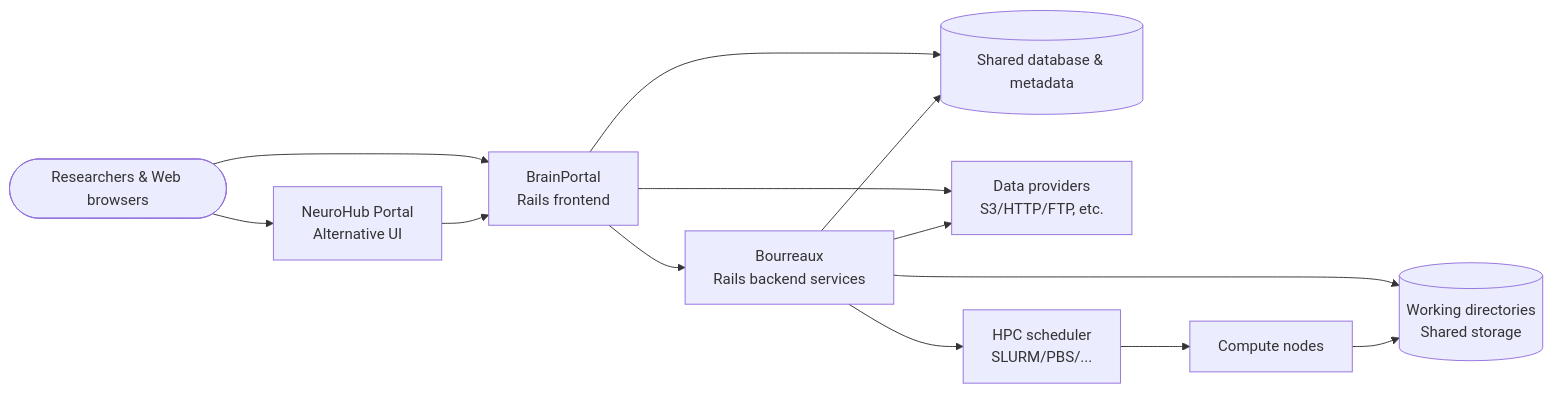
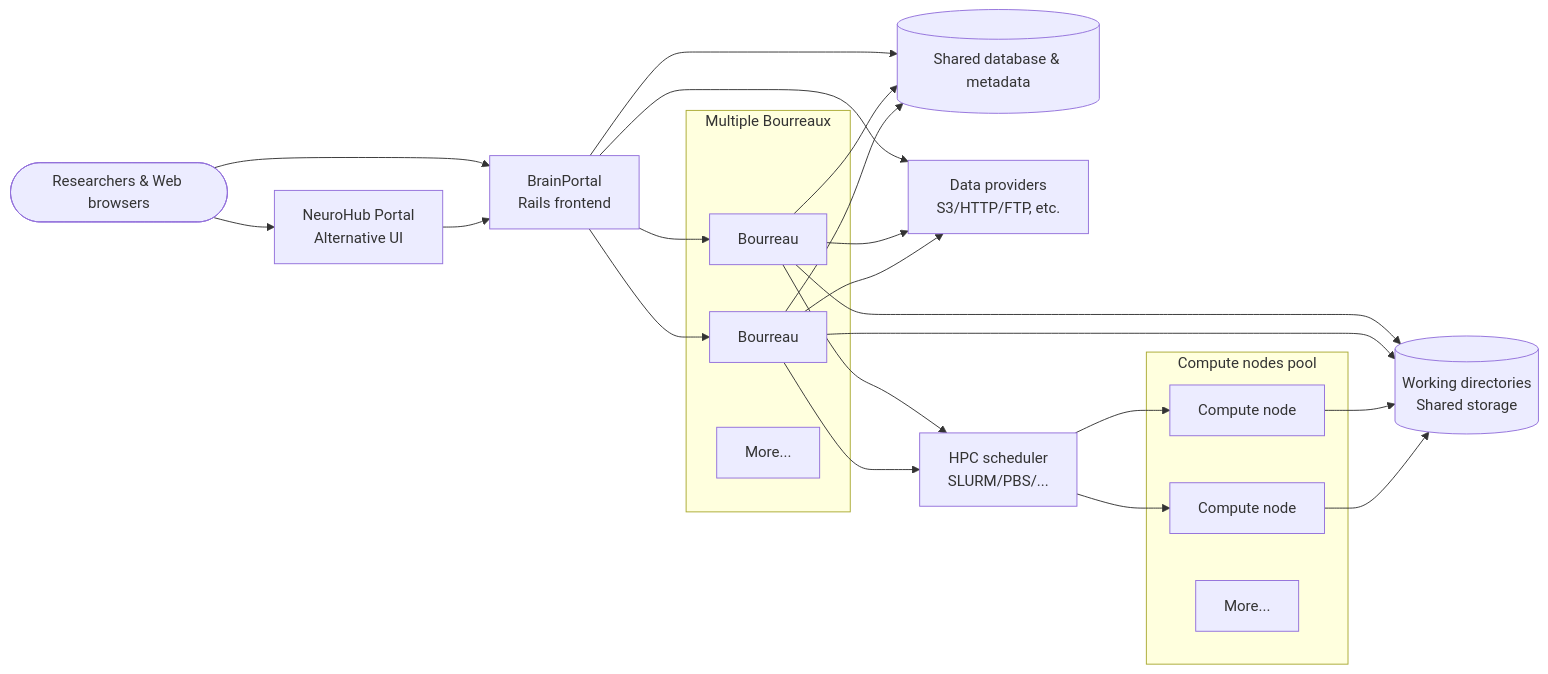
Before and after one commit to aces/cbrain: the diagram in README.md, drawn with Mermaid.

Commit message:
Show Bourreau and compute node pools in diagram

````diff
--- a/README.md
+++ b/README.md
@@ -25,24 +25,38 @@
 ```mermaid
 flowchart LR
   Users([Researchers & Web browsers])
   NH[NeuroHub Portal<br/>Alternative UI]
   BP[BrainPortal<br/>Rails frontend]
   DB[(Shared database & metadata)]
   DP[Data providers<br/>S3/HTTP/FTP, etc.]
-  BO[Bourreaux<br/>Rails backend services]
+  subgraph Bourreaux[Multiple Bourreaux]
+    BO1[Bourreau]
+    BO2[Bourreau]
+    BO3[More...]
+  end
   Sched[HPC scheduler<br/>SLURM/PBS/...]
-  Compute[Compute nodes]
+  subgraph ComputePool[Compute nodes pool]
+    Compute1[Compute node]
+    Compute2[Compute node]
+    Compute3[More...]
+  end
   Scratch[(Working directories<br/>Shared storage)]
 
   Users --> BP
   Users --> NH
   NH --> BP
   BP --> DB
   BP --> DP
-  BP --> BO
-  BO --> DP
-  BO --> DB
-  BO --> Sched --> Compute
-  BO --> Scratch
-  Compute --> Scratch
+  BP --> BO1
+  BP --> BO2
+  BO1 --> DP
+  BO2 --> DP
+  BO1 --> DB
+  BO2 --> DB
+  BO1 --> Sched --> Compute1
+  BO2 --> Sched --> Compute2
+  BO1 --> Scratch
+  BO2 --> Scratch
+  Compute1 --> Scratch
+  Compute2 --> Scratch
 ```
````
